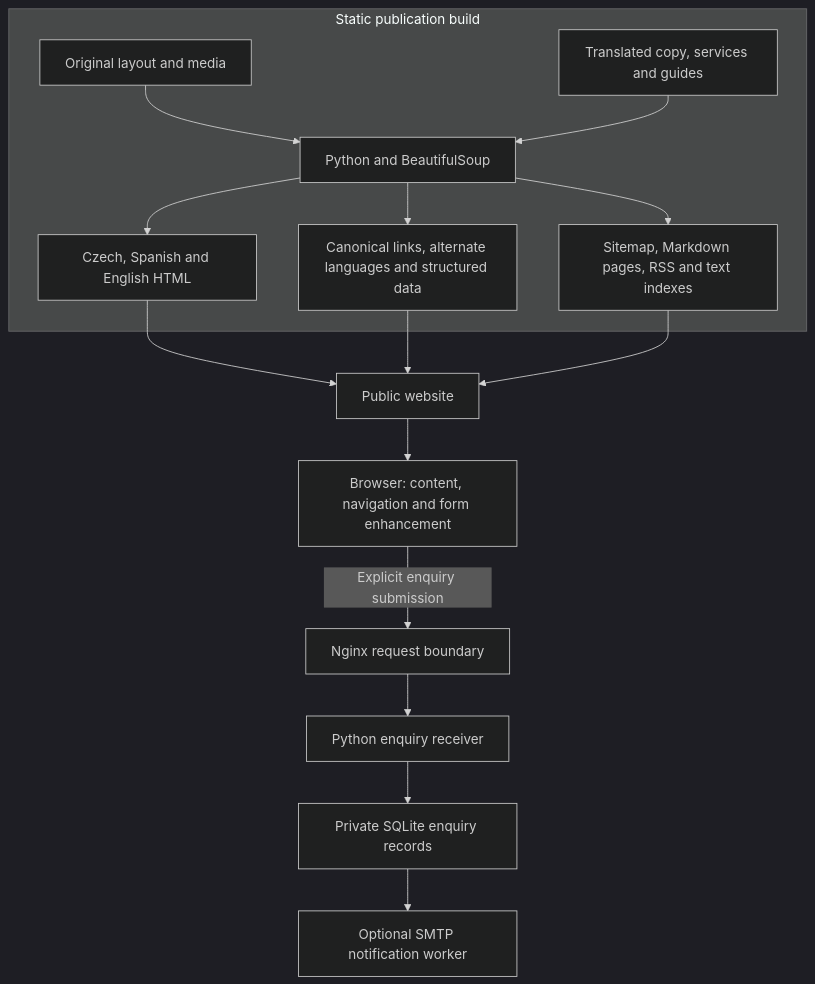
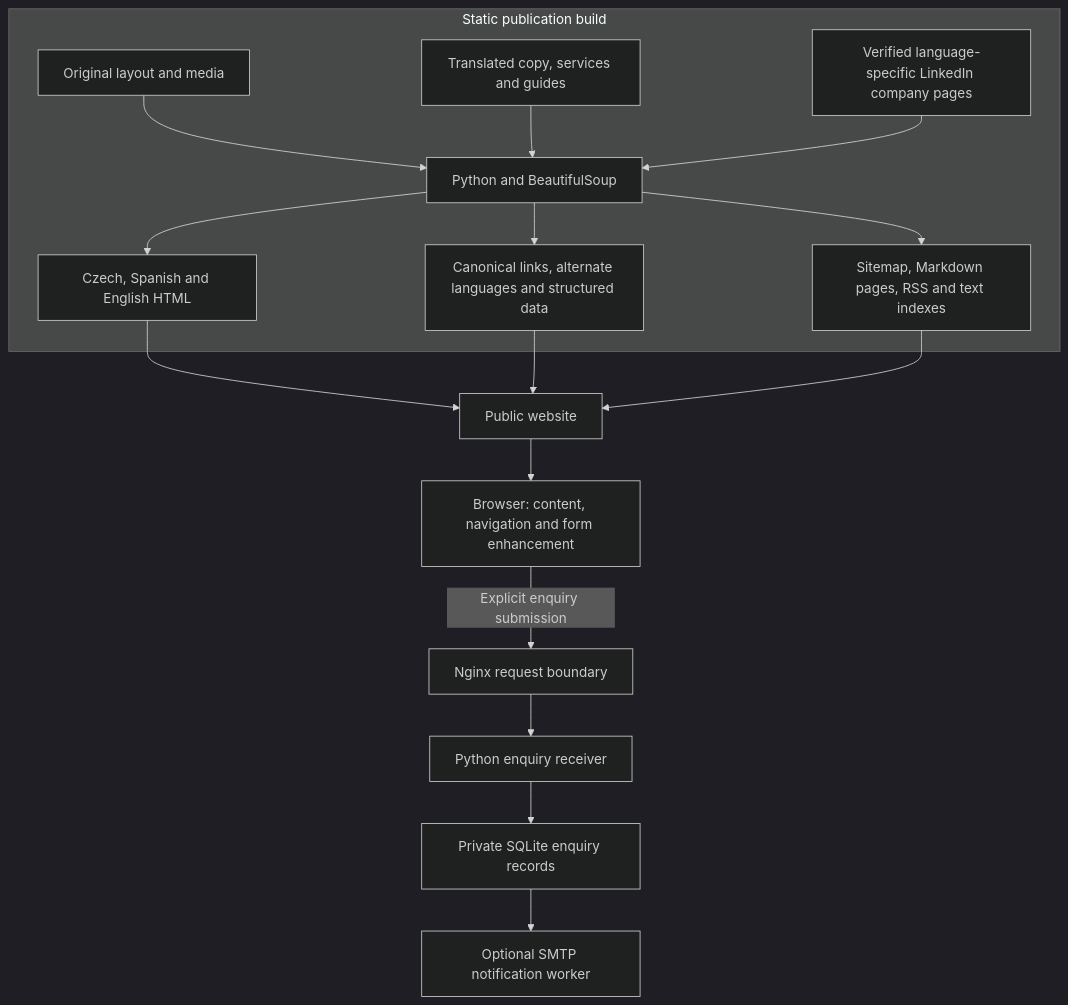
The third of 3 diagrams in README.md (nqmaikel/garantlead), drawn with Mermaid (dark theme) before and after one commit. The commit also changed other lines of this file, not shown here.

````diff
--- a/README.md
+++ b/README.md
@@ -120,18 +120,19 @@
 ```mermaid
 flowchart TB
     subgraph Build["Static publication build"]
         Layout["Original layout and media"] --> Builder["Python and BeautifulSoup"]
         Copy["Translated copy, services and guides"] --> Builder
         Builder --> Pages["Czech, Spanish and English HTML"]
         Builder --> Discovery["Canonical links, alternate languages and structured data"]
+        Identity["Verified language-specific LinkedIn company pages"] --> Builder
         Builder --> Indexes["Sitemap, Markdown pages, RSS and text indexes"]
     end
     Pages --> Web["Public website"]
     Discovery --> Web
     Indexes --> Web
     Web --> UI["Browser: content, navigation and form enhancement"]
     UI -->|"Explicit enquiry submission"| Proxy["Nginx request boundary"]
     Proxy --> API["Python enquiry receiver"]
     API --> Records["Private SQLite enquiry records"]
     Records --> Notifications["Optional SMTP notification worker"]
 ```
````
